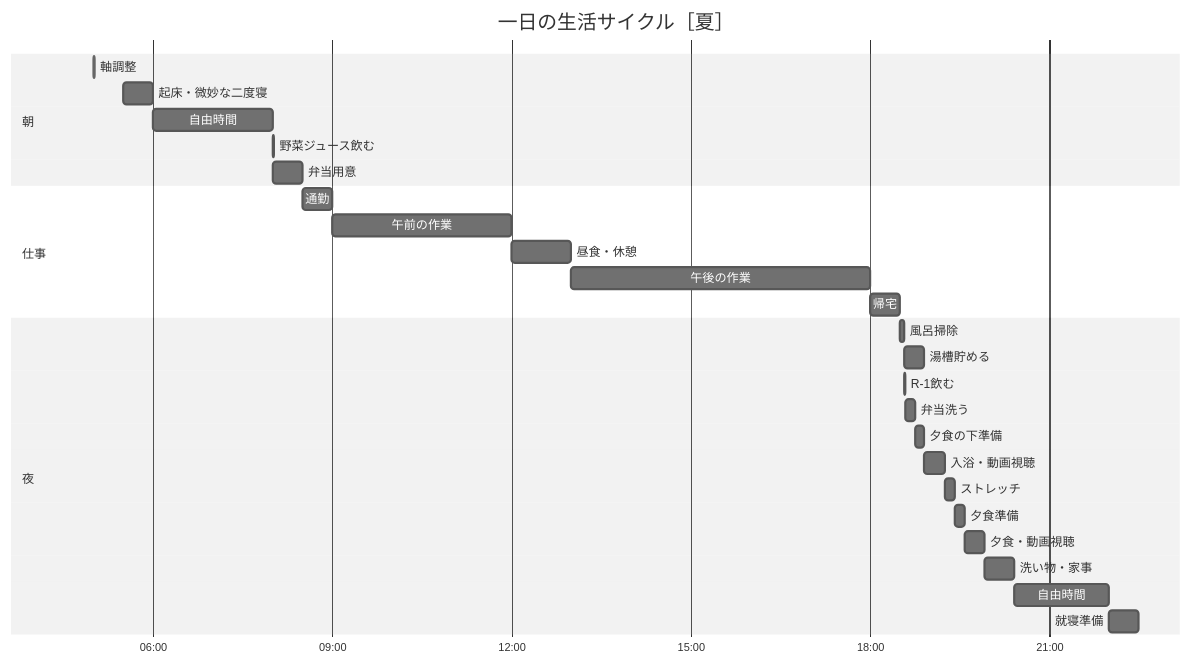
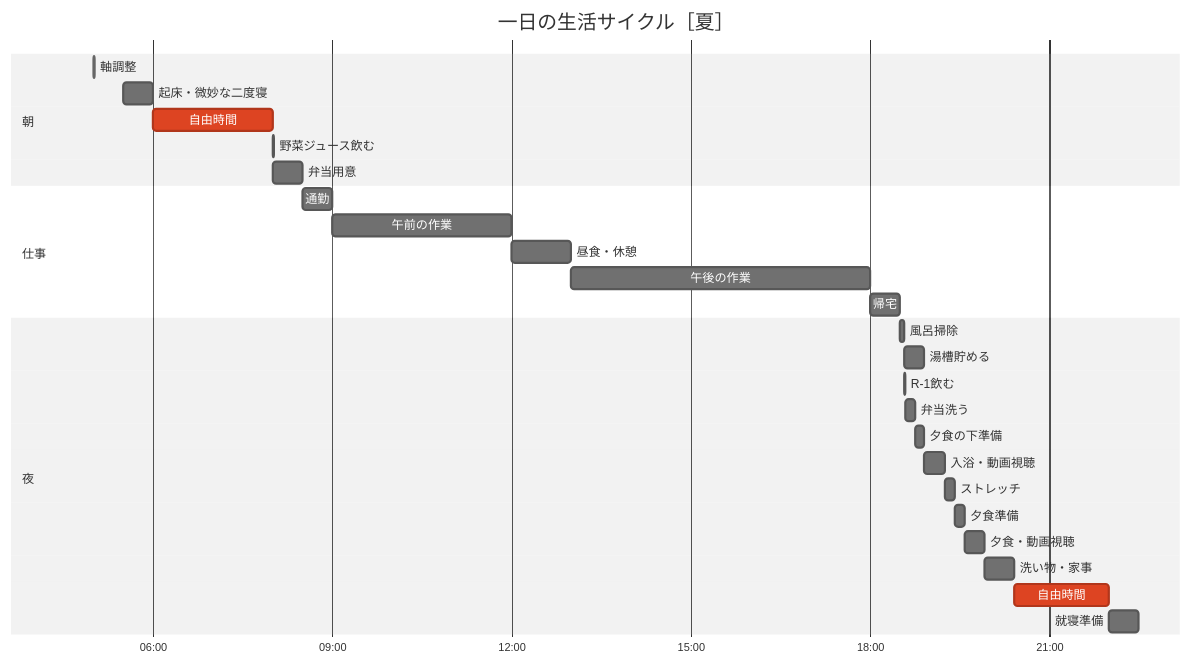
The second of 3 diagrams in memo/ライフスタイル/一日の生活サイクル.md (harurika0303/public-memo), drawn with Mermaid (neutral theme) before and after one commit. The commit also changed other lines of this file, not shown here.

````diff
--- a/memo/ライフスタイル/一日の生活サイクル.md
+++ b/memo/ライフスタイル/一日の生活サイクル.md
@@ -45,35 +45,35 @@
 ```mermaid
 gantt
     title 一日の生活サイクル［夏］
     dateFormat HH:mm
     axisFormat %H:%M
     tickInterval 1h
 
     section 朝
     軸調整            :done, 05:00, 1m
     起床・微妙な二度寝                :05:30, 30m
-    自由時間             :06:00, 2h
+    自由時間             :crit, 06:00, 2h
     野菜ジュース飲む     :08:00, 1m
     弁当用意     :08:00, 30m
 
     section 仕事
     通勤             :08:30, 30m
     午前の作業        :09:00, 3h
     昼食・休憩        :12:00, 1h
     午後の作業        :13:00, 5h
     帰宅             :18:00, 30m
 
     section 夜
     風呂掃除        :18:30, 5m
     湯槽貯める        :18:35, 20m
     R-1飲む        :18:35, 1m
     弁当洗う        :18:36, 10m
     夕食の下準備        :18:46, 9m
     入浴・動画視聴        :18:55, 20m
     ストレッチ        :19:15, 10m
     夕食準備        :19:25, 10m
     夕食・動画視聴        :19:35, 20m
     洗い物・家事        :19:55, 30m
-    自由時間          :20:25, 95m
+    自由時間          :crit, 20:25, 95m
     就寝準備          :22:00, 30m
 ```
````
